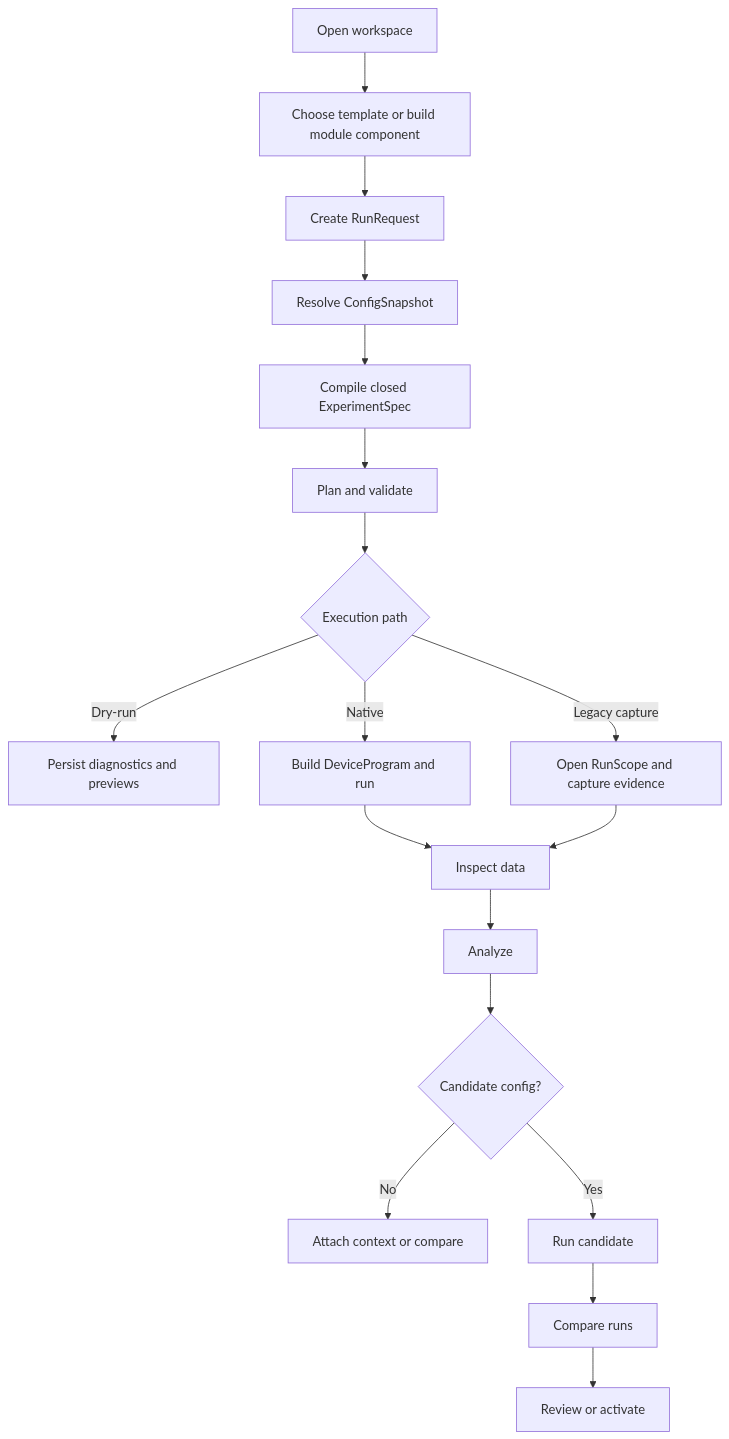
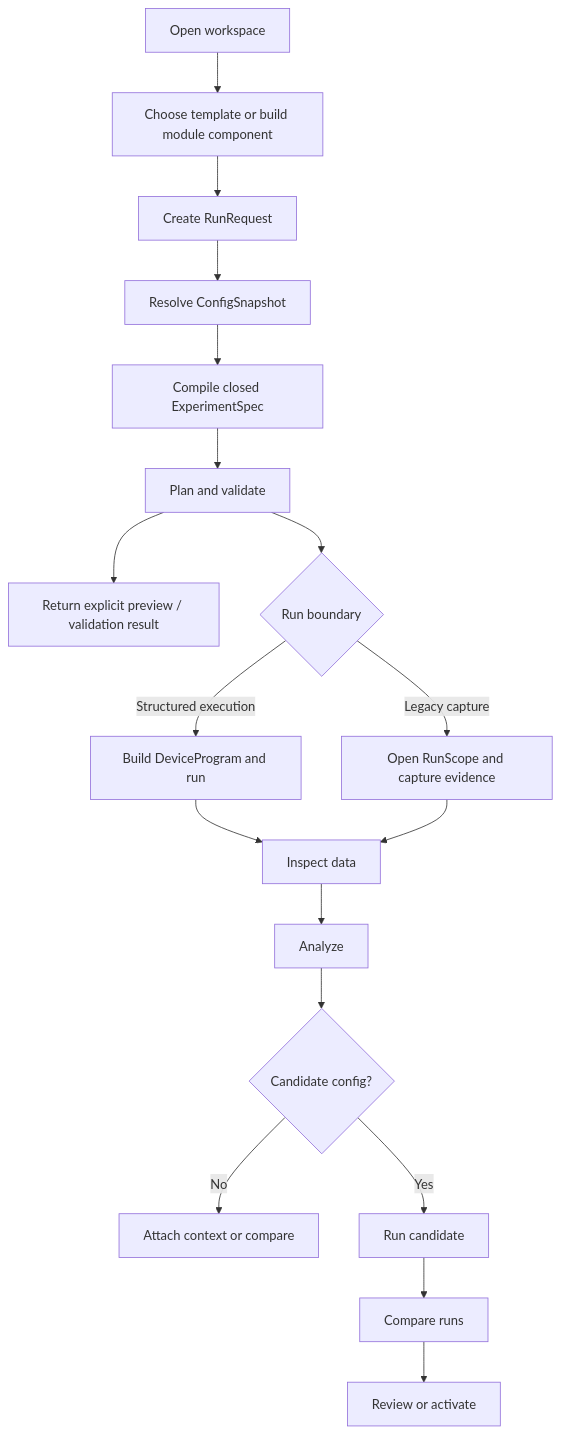
The diagram in docs/experiment-workflow.md (kahojyun/scopecat), drawn with Mermaid before and after one commit. The commit also changed other lines of this file and 134 other files, not shown here.

````diff
--- a/docs/experiment-workflow.md
+++ b/docs/experiment-workflow.md
@@ -35,20 +35,20 @@
 ```mermaid
 flowchart TD
     A["Open workspace"] --> B["Choose template or build module component"]
     B --> C["Create RunRequest"]
     C --> D["Resolve ConfigSnapshot"]
     D --> E["Compile closed ExperimentSpec"]
     E --> F["Plan and validate"]
-    F --> G{"Execution path"}
-    G -->|Dry-run| H["Persist diagnostics and previews"]
-    G -->|Native| I["Build DeviceProgram and run"]
+    F --> H["Return explicit preview / validation result"]
+    F --> G{"Run boundary"}
+    G -->|Structured execution| I["Build DeviceProgram and run"]
     G -->|Legacy capture| J["Open RunScope and capture evidence"]
     I --> K["Inspect data"]
     J --> K
     K --> L["Analyze"]
     L --> M{"Candidate config?"}
     M -->|No| N["Attach context or compare"]
     M -->|Yes| O["Run candidate"]
     O --> P["Compare runs"]
     P --> Q["Review or activate"]
 ```
````
